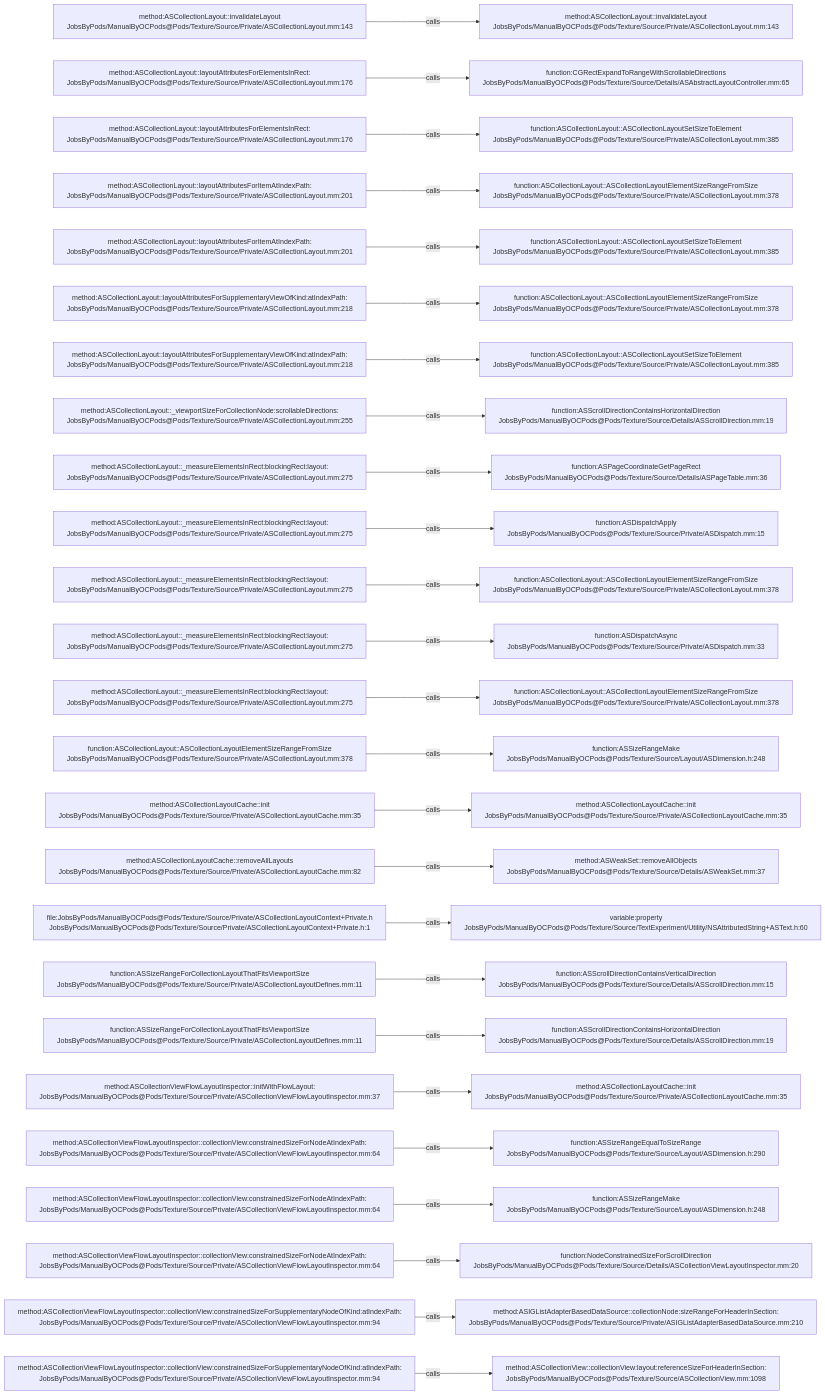
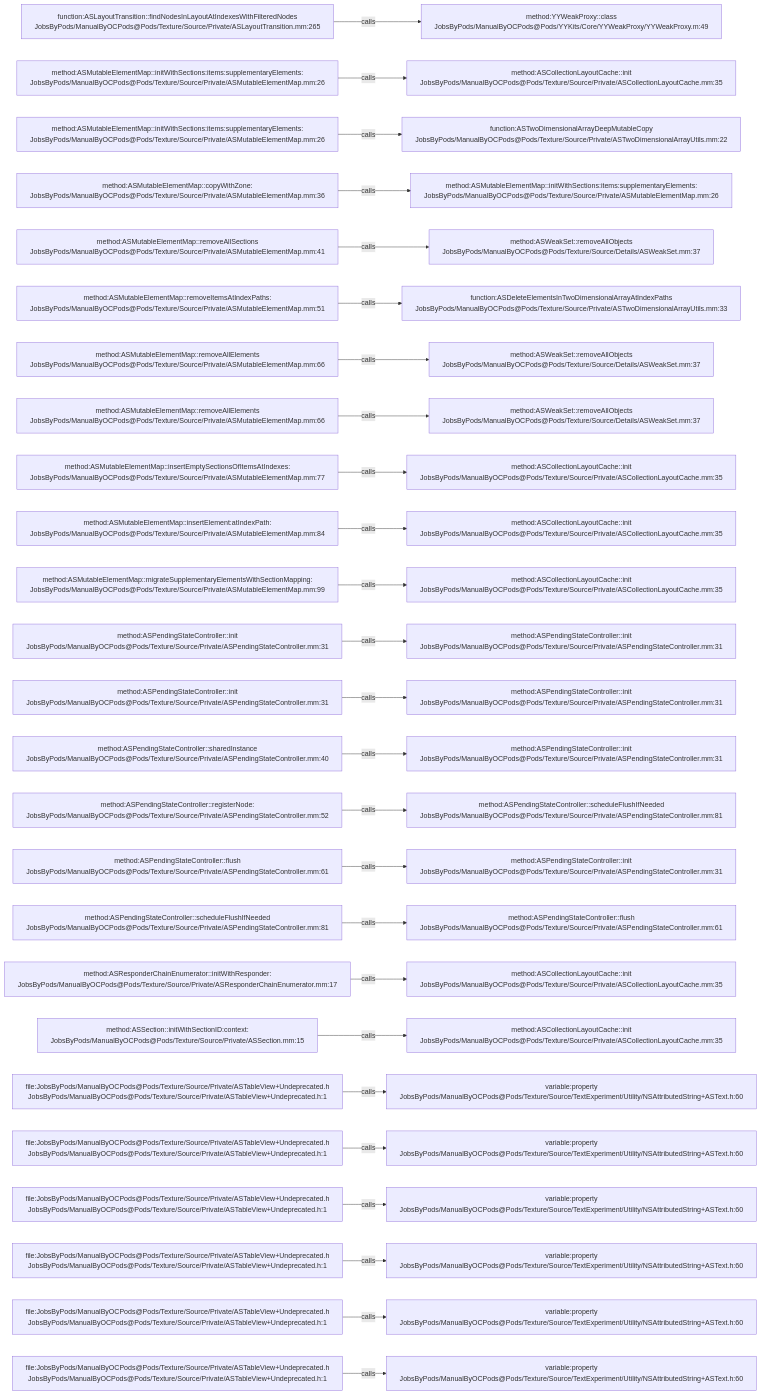
Before and after one commit to JobsKits/JobsOCBaseConfigDemo: the diagram in .codegraph/codegraph.md/graphs/calls-183.md, drawn with Mermaid. The commit also changed 1448 other files, not shown here.

````diff
--- a/.codegraph/codegraph.md/graphs/calls-183.md
+++ b/.codegraph/codegraph.md/graphs/calls-183.md
@@ -13,78 +13,78 @@
 ```mermaid
 flowchart LR
-  S1["method:ASCollectionLayout::invalidateLayout<br/>JobsByPods/ManualByOCPods@Pods/Texture/Source/Private/ASCollectionLayout.mm:143"]
-  T1["method:ASCollectionLayout::invalidateLayout<br/>JobsByPods/ManualByOCPods@Pods/Texture/Source/Private/ASCollectionLayout.mm:143"]
+  S1["function:ASLayoutTransition::findNodesInLayoutAtIndexesWithFilteredNodes<br/>JobsByPods/ManualByOCPods@Pods/Texture/Source/Private/ASLayoutTransition.mm:265"]
+  T1["method:YYWeakProxy::class<br/>JobsByPods/ManualByOCPods@Pods/YYKits/Core/YYWeakProxy/YYWeakProxy.m:49"]
   S1 -->|calls| T1
-  S2["method:ASCollectionLayout::layoutAttributesForElementsInRect:<br/>JobsByPods/ManualByOCPods@Pods/Texture/Source/Private/ASCollectionLayout.mm:176"]
-  T2["function:CGRectExpandToRangeWithScrollableDirections<br/>JobsByPods/ManualByOCPods@Pods/Texture/Source/Details/ASAbstractLayoutController.mm:65"]
+  S2["method:ASMutableElementMap::initWithSections:items:supplementaryElements:<br/>JobsByPods/ManualByOCPods@Pods/Texture/Source/Private/ASMutableElementMap.mm:26"]
+  T2["method:ASCollectionLayoutCache::init<br/>JobsByPods/ManualByOCPods@Pods/Texture/Source/Private/ASCollectionLayoutCache.mm:35"]
   S2 -->|calls| T2
-  S3["method:ASCollectionLayout::layoutAttributesForElementsInRect:<br/>JobsByPods/ManualByOCPods@Pods/Texture/Source/Private/ASCollectionLayout.mm:176"]
-  T3["function:ASCollectionLayout::ASCollectionLayoutSetSizeToElement<br/>JobsByPods/ManualByOCPods@Pods/Texture/Source/Private/ASCollectionLayout.mm:385"]
+  S3["method:ASMutableElementMap::initWithSections:items:supplementaryElements:<br/>JobsByPods/ManualByOCPods@Pods/Texture/Source/Private/ASMutableElementMap.mm:26"]
+  T3["function:ASTwoDimensionalArrayDeepMutableCopy<br/>JobsByPods/ManualByOCPods@Pods/Texture/Source/Private/ASTwoDimensionalArrayUtils.mm:22"]
   S3 -->|calls| T3
-  S4["method:ASCollectionLayout::layoutAttributesForItemAtIndexPath:<br/>JobsByPods/ManualByOCPods@Pods/Texture/Source/Private/ASCollectionLayout.mm:201"]
-  T4["function:ASCollectionLayout::ASCollectionLayoutElementSizeRangeFromSize<br/>JobsByPods/ManualByOCPods@Pods/Texture/Source/Private/ASCollectionLayout.mm:378"]
+  S4["method:ASMutableElementMap::copyWithZone:<br/>JobsByPods/ManualByOCPods@Pods/Texture/Source/Private/ASMutableElementMap.mm:36"]
+  T4["method:ASMutableElementMap::initWithSections:items:supplementaryElements:<br/>JobsByPods/ManualByOCPods@Pods/Texture/Source/Private/ASMutableElementMap.mm:26"]
   S4 -->|calls| T4
-  S5["method:ASCollectionLayout::layoutAttributesForItemAtIndexPath:<br/>JobsByPods/ManualByOCPods@Pods/Texture/Source/Private/ASCollectionLayout.mm:201"]
-  T5["function:ASCollectionLayout::ASCollectionLayoutSetSizeToElement<br/>JobsByPods/ManualByOCPods@Pods/Texture/Source/Private/ASCollectionLayout.mm:385"]
+  S5["method:ASMutableElementMap::removeAllSections<br/>JobsByPods/ManualByOCPods@Pods/Texture/Source/Private/ASMutableElementMap.mm:41"]
+  T5["method:ASWeakSet::removeAllObjects<br/>JobsByPods/ManualByOCPods@Pods/Texture/Source/Details/ASWeakSet.mm:37"]
   S5 -->|calls| T5
-  S6["method:ASCollectionLayout::layoutAttributesForSupplementaryViewOfKind:atIndexPath:<br/>JobsByPods/ManualByOCPods@Pods/Texture/Source/Private/ASCollectionLayout.mm:218"]
-  T6["function:ASCollectionLayout::ASCollectionLayoutElementSizeRangeFromSize<br/>JobsByPods/ManualByOCPods@Pods/Texture/Source/Private/ASCollectionLayout.mm:378"]
+  S6["method:ASMutableElementMap::removeItemsAtIndexPaths:<br/>JobsByPods/ManualByOCPods@Pods/Texture/Source/Private/ASMutableElementMap.mm:51"]
+  T6["function:ASDeleteElementsInTwoDimensionalArrayAtIndexPaths<br/>JobsByPods/ManualByOCPods@Pods/Texture/Source/Private/ASTwoDimensionalArrayUtils.mm:33"]
   S6 -->|calls| T6
-  S7["method:ASCollectionLayout::layoutAttributesForSupplementaryViewOfKind:atIndexPath:<br/>JobsByPods/ManualByOCPods@Pods/Texture/Source/Private/ASCollectionLayout.mm:218"]
-  T7["function:ASCollectionLayout::ASCollectionLayoutSetSizeToElement<br/>JobsByPods/ManualByOCPods@Pods/Texture/Source/Private/ASCollectionLayout.mm:385"]
+  S7["method:ASMutableElementMap::removeAllElements<br/>JobsByPods/ManualByOCPods@Pods/Texture/Source/Private/ASMutableElementMap.mm:66"]
+  T7["method:ASWeakSet::removeAllObjects<br/>JobsByPods/ManualByOCPods@Pods/Texture/Source/Details/ASWeakSet.mm:37"]
   S7 -->|calls| T7
-  S8["method:ASCollectionLayout::_viewportSizeForCollectionNode:scrollableDirections:<br/>JobsByPods/ManualByOCPods@Pods/Texture/Source/Private/ASCollectionLayout.mm:255"]
-  T8["function:ASScrollDirectionContainsHorizontalDirection<br/>JobsByPods/ManualByOCPods@Pods/Texture/Source/Details/ASScrollDirection.mm:19"]
+  S8["method:ASMutableElementMap::removeAllElements<br/>JobsByPods/ManualByOCPods@Pods/Texture/Source/Private/ASMutableElementMap.mm:66"]
+  T8["method:ASWeakSet::removeAllObjects<br/>JobsByPods/ManualByOCPods@Pods/Texture/Source/Details/ASWeakSet.mm:37"]
   S8 -->|calls| T8
-  S9["method:ASCollectionLayout::_measureElementsInRect:blockingRect:layout:<br/>JobsByPods/ManualByOCPods@Pods/Texture/Source/Private/ASCollectionLayout.mm:275"]
-  T9["function:ASPageCoordinateGetPageRect<br/>JobsByPods/ManualByOCPods@Pods/Texture/Source/Details/ASPageTable.mm:36"]
+  S9["method:ASMutableElementMap::insertEmptySectionsOfItemsAtIndexes:<br/>JobsByPods/ManualByOCPods@Pods/Texture/Source/Private/ASMutableElementMap.mm:77"]
+  T9["method:ASCollectionLayoutCache::init<br/>JobsByPods/ManualByOCPods@Pods/Texture/Source/Private/ASCollectionLayoutCache.mm:35"]
   S9 -->|calls| T9
-  S10["method:ASCollectionLayout::_measureElementsInRect:blockingRect:layout:<br/>JobsByPods/ManualByOCPods@Pods/Texture/Source/Private/ASCollectionLayout.mm:275"]
-  T10["function:ASDispatchApply<br/>JobsByPods/ManualByOCPods@Pods/Texture/Source/Private/ASDispatch.mm:15"]
+  S10["method:ASMutableElementMap::insertElement:atIndexPath:<br/>JobsByPods/ManualByOCPods@Pods/Texture/Source/Private/ASMutableElementMap.mm:84"]
+  T10["method:ASCollectionLayoutCache::init<br/>JobsByPods/ManualByOCPods@Pods/Texture/Source/Private/ASCollectionLayoutCache.mm:35"]
   S10 -->|calls| T10
-  S11["method:ASCollectionLayout::_measureElementsInRect:blockingRect:layout:<br/>JobsByPods/ManualByOCPods@Pods/Texture/Source/Private/ASCollectionLayout.mm:275"]
-  T11["function:ASCollectionLayout::ASCollectionLayoutElementSizeRangeFromSize<br/>JobsByPods/ManualByOCPods@Pods/Texture/Source/Private/ASCollectionLayout.mm:378"]
+  S11["method:ASMutableElementMap::migrateSupplementaryElementsWithSectionMapping:<br/>JobsByPods/ManualByOCPods@Pods/Texture/Source/Private/ASMutableElementMap.mm:99"]
+  T11["method:ASCollectionLayoutCache::init<br/>JobsByPods/ManualByOCPods@Pods/Texture/Source/Private/ASCollectionLayoutCache.mm:35"]
   S11 -->|calls| T11
-  S12["method:ASCollectionLayout::_measureElementsInRect:blockingRect:layout:<br/>JobsByPods/ManualByOCPods@Pods/Texture/Source/Private/ASCollectionLayout.mm:275"]
-  T12["function:ASDispatchAsync<br/>JobsByPods/ManualByOCPods@Pods/Texture/Source/Private/ASDispatch.mm:33"]
+  S12["method:ASPendingStateController::init<br/>JobsByPods/ManualByOCPods@Pods/Texture/Source/Private/ASPendingStateController.mm:31"]
+  T12["method:ASPendingStateController::init<br/>JobsByPods/ManualByOCPods@Pods/Texture/Source/Private/ASPendingStateController.mm:31"]
   S12 -->|calls| T12
-  S13["method:ASCollectionLayout::_measureElementsInRect:blockingRect:layout:<br/>JobsByPods/ManualByOCPods@Pods/Texture/Source/Private/ASCollectionLayout.mm:275"]
-  T13["function:ASCollectionLayout::ASCollectionLayoutElementSizeRangeFromSize<br/>JobsByPods/ManualByOCPods@Pods/Texture/Source/Private/ASCollectionLayout.mm:378"]
+  S13["method:ASPendingStateController::init<br/>JobsByPods/ManualByOCPods@Pods/Texture/Source/Private/ASPendingStateController.mm:31"]
+  T13["method:ASPendingStateController::init<br/>JobsByPods/ManualByOCPods@Pods/Texture/Source/Private/ASPendingStateController.mm:31"]
   S13 -->|calls| T13
-  S14["function:ASCollectionLayout::ASCollectionLayoutElementSizeRangeFromSize<br/>JobsByPods/ManualByOCPods@Pods/Texture/Source/Private/ASCollectionLayout.mm:378"]
-  T14["function:ASSizeRangeMake<br/>JobsByPods/ManualByOCPods@Pods/Texture/Source/Layout/ASDimension.h:248"]
+  S14["method:ASPendingStateController::sharedInstance<br/>JobsByPods/ManualByOCPods@Pods/Texture/Source/Private/ASPendingStateController.mm:40"]
+  T14["method:ASPendingStateController::init<br/>JobsByPods/ManualByOCPods@Pods/Texture/Source/Private/ASPendingStateController.mm:31"]
   S14 -->|calls| T14
-  S15["method:ASCollectionLayoutCache::init<br/>JobsByPods/ManualByOCPods@Pods/Texture/Source/Private/ASCollectionLayoutCache.mm:35"]
-  T15["method:ASCollectionLayoutCache::init<br/>JobsByPods/ManualByOCPods@Pods/Texture/Source/Private/ASCollectionLayoutCache.mm:35"]
+  S15["method:ASPendingStateController::registerNode:<br/>JobsByPods/ManualByOCPods@Pods/Texture/Source/Private/ASPendingStateController.mm:52"]
+  T15["method:ASPendingStateController::scheduleFlushIfNeeded<br/>JobsByPods/ManualByOCPods@Pods/Texture/Source/Private/ASPendingStateController.mm:81"]
   S15 -->|calls| T15
-  S16["method:ASCollectionLayoutCache::removeAllLayouts<br/>JobsByPods/ManualByOCPods@Pods/Texture/Source/Private/ASCollectionLayoutCache.mm:82"]
-  T16["method:ASWeakSet::removeAllObjects<br/>JobsByPods/ManualByOCPods@Pods/Texture/Source/Details/ASWeakSet.mm:37"]
+  S16["method:ASPendingStateController::flush<br/>JobsByPods/ManualByOCPods@Pods/Texture/Source/Private/ASPendingStateController.mm:61"]
+  T16["method:ASPendingStateController::init<br/>JobsByPods/ManualByOCPods@Pods/Texture/Source/Private/ASPendingStateController.mm:31"]
   S16 -->|calls| T16
-  S17["file:JobsByPods/ManualByOCPods@Pods/Texture/Source/Private/ASCollectionLayoutContext+Private.h<br/>JobsByPods/ManualByOCPods@Pods/Texture/Source/Private/ASCollectionLayoutContext+Private.h:1"]
-  T17["variable:property<br/>JobsByPods/ManualByOCPods@Pods/Texture/Source/TextExperiment/Utility/NSAttributedString+ASText.h:60"]
+  S17["method:ASPendingStateController::scheduleFlushIfNeeded<br/>JobsByPods/ManualByOCPods@Pods/Texture/Source/Private/ASPendingStateController.mm:81"]
+  T17["method:ASPendingStateController::flush<br/>JobsByPods/ManualByOCPods@Pods/Texture/Source/Private/ASPendingStateController.mm:61"]
   S17 -->|calls| T17
-  S18["function:ASSizeRangeForCollectionLayoutThatFitsViewportSize<br/>JobsByPods/ManualByOCPods@Pods/Texture/Source/Private/ASCollectionLayoutDefines.mm:11"]
-  T18["function:ASScrollDirectionContainsVerticalDirection<br/>JobsByPods/ManualByOCPods@Pods/Texture/Source/Details/ASScrollDirection.mm:15"]
+  S18["method:ASResponderChainEnumerator::initWithResponder:<br/>JobsByPods/ManualByOCPods@Pods/Texture/Source/Private/ASResponderChainEnumerator.mm:17"]
+  T18["method:ASCollectionLayoutCache::init<br/>JobsByPods/ManualByOCPods@Pods/Texture/Source/Private/ASCollectionLayoutCache.mm:35"]
   S18 -->|calls| T18
-  S19["function:ASSizeRangeForCollectionLayoutThatFitsViewportSize<br/>JobsByPods/ManualByOCPods@Pods/Texture/Source/Private/ASCollectionLayoutDefines.mm:11"]
-  T19["function:ASScrollDirectionContainsHorizontalDirection<br/>JobsByPods/ManualByOCPods@Pods/Texture/Source/Details/ASScrollDirection.mm:19"]
+  S19["method:ASSection::initWithSectionID:context:<br/>JobsByPods/ManualByOCPods@Pods/Texture/Source/Private/ASSection.mm:15"]
+  T19["method:ASCollectionLayoutCache::init<br/>JobsByPods/ManualByOCPods@Pods/Texture/Source/Private/ASCollectionLayoutCache.mm:35"]
   S19 -->|calls| T19
-  S20["method:ASCollectionViewFlowLayoutInspector::initWithFlowLayout:<br/>JobsByPods/ManualByOCPods@Pods/Texture/Source/Private/ASCollectionViewFlowLayoutInspector.mm:37"]
-  T20["method:ASCollectionLayoutCache::init<br/>JobsByPods/ManualByOCPods@Pods/Texture/Source/Private/ASCollectionLayoutCache.mm:35"]
+  S20["file:JobsByPods/ManualByOCPods@Pods/Texture/Source/Private/ASTableView+Undeprecated.h<br/>JobsByPods/ManualByOCPods@Pods/Texture/Source/Private/ASTableView+Undeprecated.h:1"]
+  T20["variable:property<br/>JobsByPods/ManualByOCPods@Pods/Texture/Source/TextExperiment/Utility/NSAttributedString+ASText.h:60"]
   S20 -->|calls| T20
-  S21["method:ASCollectionViewFlowLayoutInspector::collectionView:constrainedSizeForNodeAtIndexPath:<br/>JobsByPods/ManualByOCPods@Pods/Texture/Source/Private/ASCollectionViewFlowLayoutInspector.mm:64"]
-  T21["function:ASSizeRangeEqualToSizeRange<br/>JobsByPods/ManualByOCPods@Pods/Texture/Source/Layout/ASDimension.h:290"]
+  S21["file:JobsByPods/ManualByOCPods@Pods/Texture/Source/Private/ASTableView+Undeprecated.h<br/>JobsByPods/ManualByOCPods@Pods/Texture/Source/Private/ASTableView+Undeprecated.h:1"]
+  T21["variable:property<br/>JobsByPods/ManualByOCPods@Pods/Texture/Source/TextExperiment/Utility/NSAttributedString+ASText.h:60"]
   S21 -->|calls| T21
-  S22["method:ASCollectionViewFlowLayoutInspector::collectionView:constrainedSizeForNodeAtIndexPath:<br/>JobsByPods/ManualByOCPods@Pods/Texture/Source/Private/ASCollectionViewFlowLayoutInspector.mm:64"]
-  T22["function:ASSizeRangeMake<br/>JobsByPods/ManualByOCPods@Pods/Texture/Source/Layout/ASDimension.h:248"]
+  S22["file:JobsByPods/ManualByOCPods@Pods/Texture/Source/Private/ASTableView+Undeprecated.h<br/>JobsByPods/ManualByOCPods@Pods/Texture/Source/Private/ASTableView+Undeprecated.h:1"]
+  T22["variable:property<br/>JobsByPods/ManualByOCPods@Pods/Texture/Source/TextExperiment/Utility/NSAttributedString+ASText.h:60"]
   S22 -->|calls| T22
-  S23["method:ASCollectionViewFlowLayoutInspector::collectionView:constrainedSizeForNodeAtIndexPath:<br/>JobsByPods/ManualByOCPods@Pods/Texture/Source/Private/ASCollectionViewFlowLayoutInspector.mm:64"]
-  T23["function:NodeConstrainedSizeForScrollDirection<br/>JobsByPods/ManualByOCPods@Pods/Texture/Source/Details/ASCollectionViewLayoutInspector.mm:20"]
+  S23["file:JobsByPods/ManualByOCPods@Pods/Texture/Source/Private/ASTableView+Undeprecated.h<br/>JobsByPods/ManualByOCPods@Pods/Texture/Source/Private/ASTableView+Undeprecated.h:1"]
+  T23["variable:property<br/>JobsByPods/ManualByOCPods@Pods/Texture/Source/TextExperiment/Utility/NSAttributedString+ASText.h:60"]
   S23 -->|calls| T23
-  S24["method:ASCollectionViewFlowLayoutInspector::collectionView:constrainedSizeForSupplementaryNodeOfKind:atIndexPath:<br/>JobsByPods/ManualByOCPods@Pods/Texture/Source/Private/ASCollectionViewFlowLayoutInspector.mm:94"]
-  T24["method:ASIGListAdapterBasedDataSource::collectionNode:sizeRangeForHeaderInSection:<br/>JobsByPods/ManualByOCPods@Pods/Texture/Source/Private/ASIGListAdapterBasedDataSource.mm:210"]
+  S24["file:JobsByPods/ManualByOCPods@Pods/Texture/Source/Private/ASTableView+Undeprecated.h<br/>JobsByPods/ManualByOCPods@Pods/Texture/Source/Private/ASTableView+Undeprecated.h:1"]
+  T24["variable:property<br/>JobsByPods/ManualByOCPods@Pods/Texture/Source/TextExperiment/Utility/NSAttributedString+ASText.h:60"]
   S24 -->|calls| T24
-  S25["method:ASCollectionViewFlowLayoutInspector::collectionView:constrainedSizeForSupplementaryNodeOfKind:atIndexPath:<br/>JobsByPods/ManualByOCPods@Pods/Texture/Source/Private/ASCollectionViewFlowLayoutInspector.mm:94"]
-  T25["method:ASCollectionView::collectionView:layout:referenceSizeForHeaderInSection:<br/>JobsByPods/ManualByOCPods@Pods/Texture/Source/ASCollectionView.mm:1098"]
+  S25["file:JobsByPods/ManualByOCPods@Pods/Texture/Source/Private/ASTableView+Undeprecated.h<br/>JobsByPods/ManualByOCPods@Pods/Texture/Source/Private/ASTableView+Undeprecated.h:1"]
+  T25["variable:property<br/>JobsByPods/ManualByOCPods@Pods/Texture/Source/TextExperiment/Utility/NSAttributedString+ASText.h:60"]
   S25 -->|calls| T25
 ```
````
